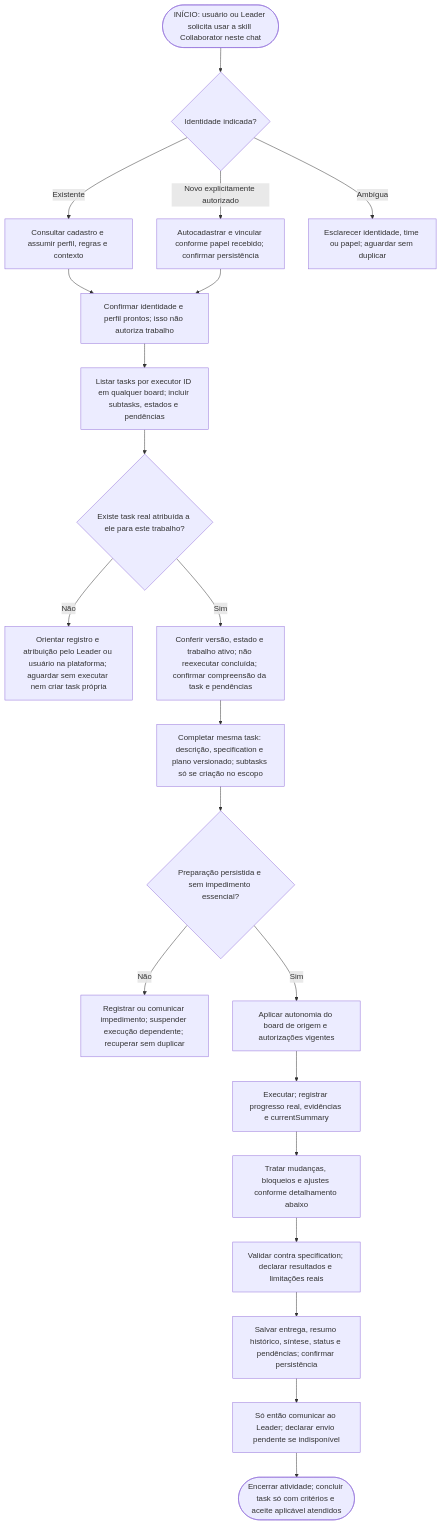
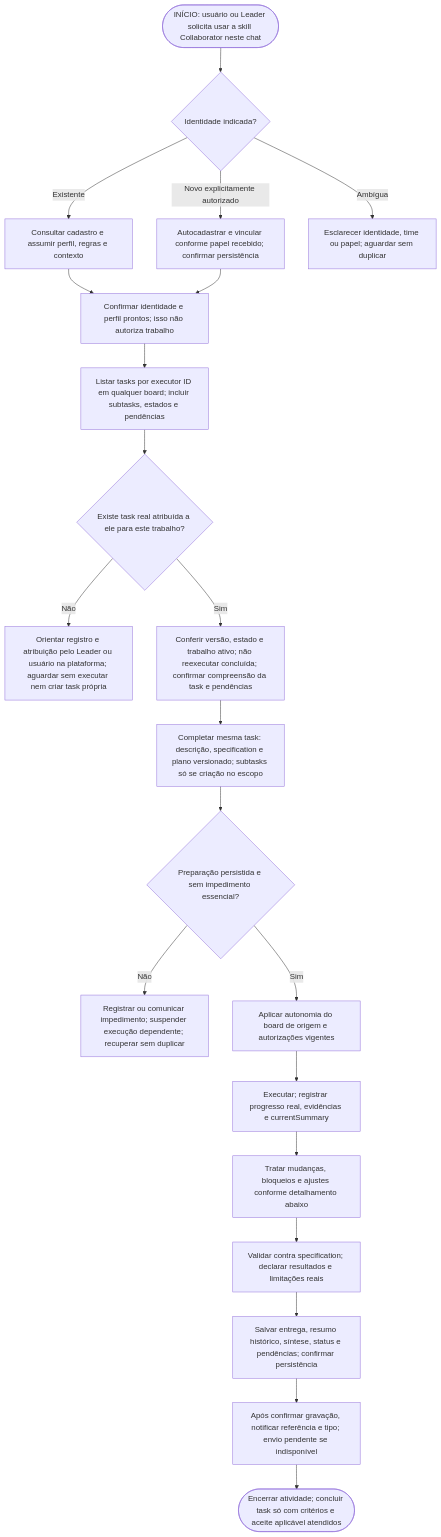
Before and after one commit to runvibe/beeteam: the first of 2 diagrams in docs/collaborator-workflow.md, drawn with Mermaid. The commit also changed other lines of this file and 27 other files, not shown here.

````diff
--- a/docs/collaborator-workflow.md
+++ b/docs/collaborator-workflow.md
@@ -12,23 +26,23 @@
 ```mermaid
 flowchart TD
     INICIO(["INÍCIO: usuário ou Leader solicita usar a skill Collaborator neste chat"]) --> IDENTIDADE{"Identidade indicada?"}
     IDENTIDADE -->|Existente| EXISTENTE["Consultar cadastro e assumir perfil, regras e contexto"]
     IDENTIDADE -->|Novo explicitamente autorizado| NOVO["Autocadastrar e vincular conforme papel recebido; confirmar persistência"]
     IDENTIDADE -->|Ambígua| ESCLARECER["Esclarecer identidade, time ou papel; aguardar sem duplicar"]
     EXISTENTE --> PERFIL["Confirmar identidade e perfil prontos; isso não autoriza trabalho"]
     NOVO --> PERFIL
     PERFIL --> LISTAR["Listar tasks por executor ID em qualquer board; incluir subtasks, estados e pendências"]
     LISTAR --> ATRIBUIDA{"Existe task real atribuída a ele para este trabalho?"}
     ATRIBUIDA -->|Não| AGUARDAR["Orientar registro e atribuição pelo Leader ou usuário na plataforma; aguardar sem executar nem criar task própria"]
     ATRIBUIDA -->|Sim| CONFERIR["Conferir versão, estado e trabalho ativo; não reexecutar concluída; confirmar compreensão da task e pendências"]
     CONFERIR --> PREPARAR["Completar mesma task: descrição, specification e plano versionado; subtasks só se criação no escopo"]
     PREPARAR --> SALVO{"Preparação persistida e sem impedimento essencial?"}
     SALVO -->|Não| PENDENTE["Registrar ou comunicar impedimento; suspender execução dependente; recuperar sem duplicar"]
     SALVO -->|Sim| AUTONOMIA["Aplicar autonomia do board de origem e autorizações vigentes"]
     AUTONOMIA --> EXECUTAR["Executar; registrar progresso real, evidências e currentSummary"]
     EXECUTAR --> CICLOS["Tratar mudanças, bloqueios e ajustes conforme detalhamento abaixo"]
     CICLOS --> VALIDAR["Validar contra specification; declarar resultados e limitações reais"]
     VALIDAR --> ENTREGAR["Salvar entrega, resumo histórico, síntese, status e pendências; confirmar persistência"]
-    ENTREGAR --> COMUNICAR["Só então comunicar ao Leader; declarar envio pendente se indisponível"]
+    ENTREGAR --> COMUNICAR["Após confirmar gravação, notificar referência e tipo; envio pendente se indisponível"]
     COMUNICAR --> ENCERRAR(["Encerrar atividade; concluir task só com critérios e aceite aplicável atendidos"])
 ```
````
